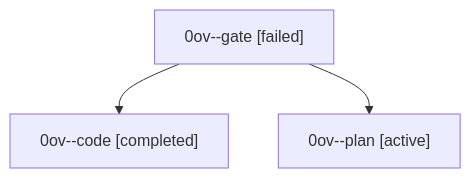
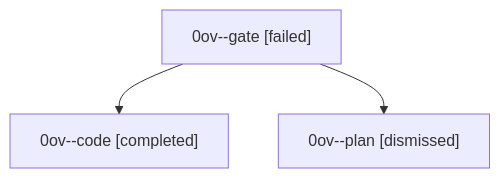
The diagram in sessions/bbugyi200.athena.0ov.md (sase-org/sase--agents), drawn with Mermaid before and after one commit. The commit also changed other lines of this file and 30 other files, not shown here.

````diff
--- a/sessions/bbugyi200.athena.0ov.md
+++ b/sessions/bbugyi200.athena.0ov.md
@@ -9,8 +9,8 @@
 ```mermaid
 flowchart TD
   n0["0ov--gate [failed]"]
   n1["0ov--code [completed]"]
   n0 --> n1
-  n2["0ov--plan [active]"]
+  n2["0ov--plan [dismissed]"]
   n0 --> n2
 ```
````
